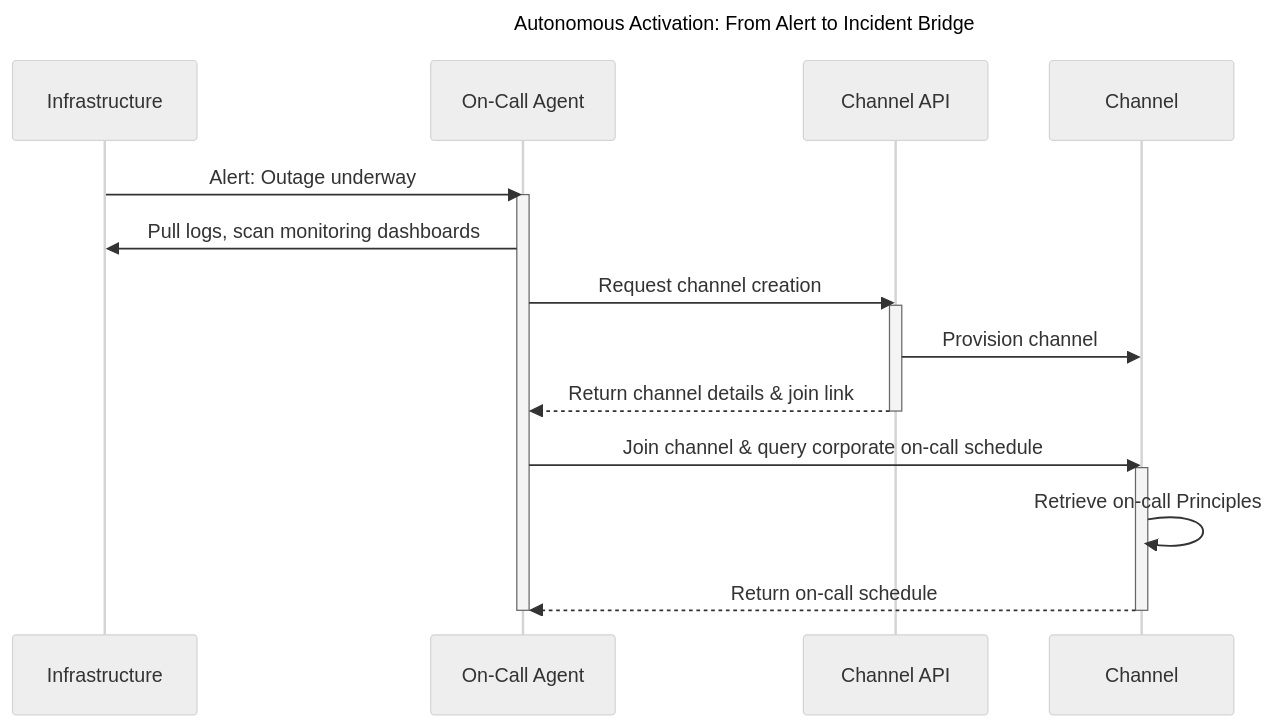
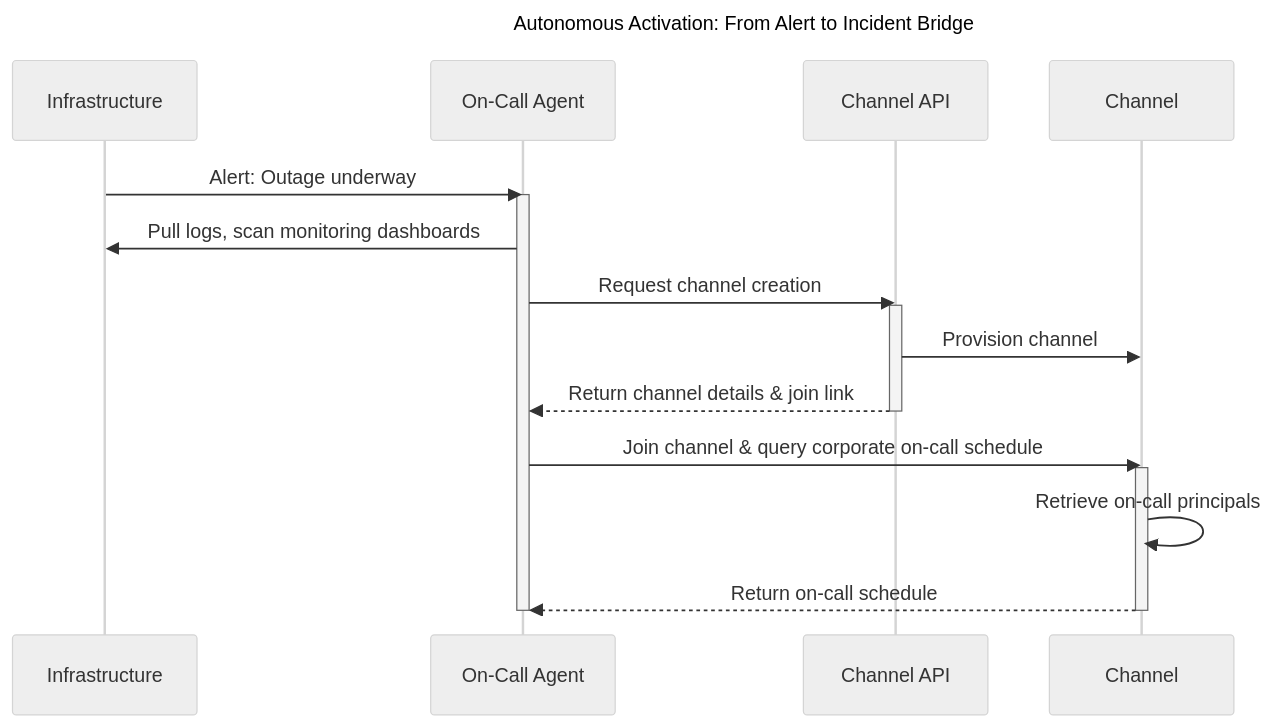
The first of 5 diagrams in the-future-of-agentic-security.md (cosai-oasis/cosai-tsc), drawn with Mermaid before and after one commit. The commit also changed other lines of this file and 7 other files, not shown here.

````diff
--- a/the-future-of-agentic-security.md
+++ b/the-future-of-agentic-security.md
@@ -22,32 +50,32 @@
 ```mermaid
 ---
 title: "Autonomous Activation: From Alert to Incident Bridge"
 config:
   look: handDrawn
   theme: neutral
 ---
 sequenceDiagram
     participant Infra as Infrastructure
     participant Agent as On-Call Agent
     participant API as Channel API
     participant Chat as Channel
 
     Infra->>Agent: Alert: Outage underway
     activate Agent
     Agent->>Infra: Pull logs, scan monitoring dashboards
 
     %% Fixed routing through the API
     Agent->>API: Request channel creation
     activate API
     API->>Chat: Provision channel
     API-->>Agent: Return channel details & join link
     deactivate API
 
     Agent->>Chat: Join channel & query corporate on-call schedule
 
     activate Chat
-    Chat->>Chat: Retrieve on-call Principles
+    Chat->>Chat: Retrieve on-call principals
     Chat-->>Agent: Return on-call schedule
     deactivate Chat
     deactivate Agent
 ```
````
